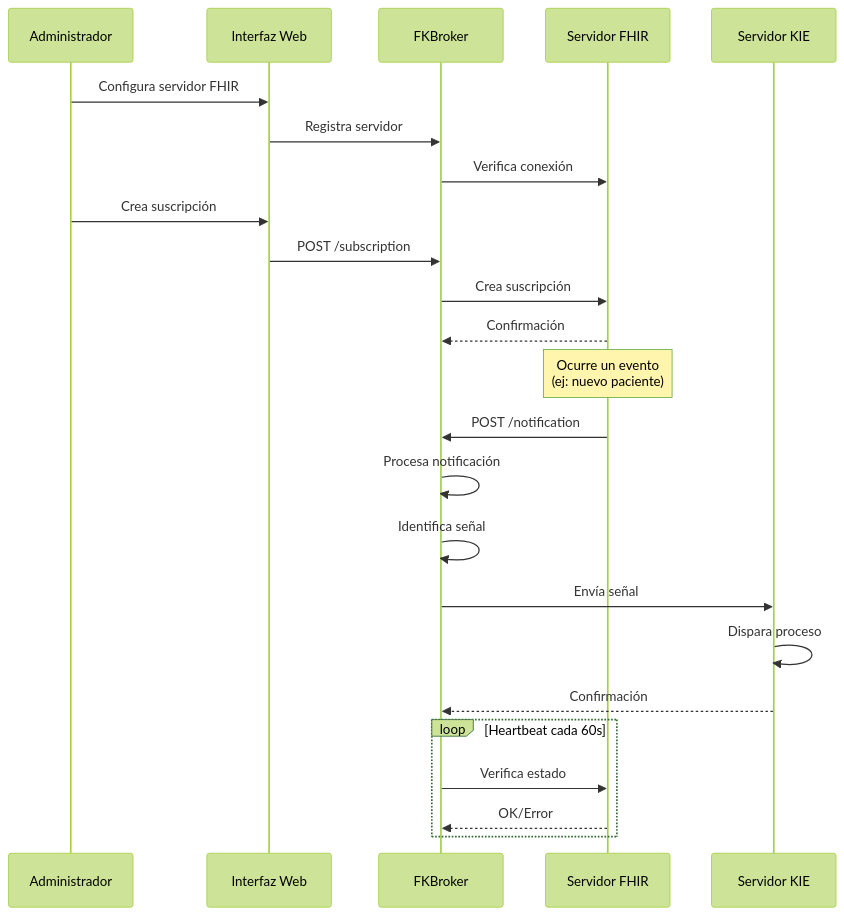
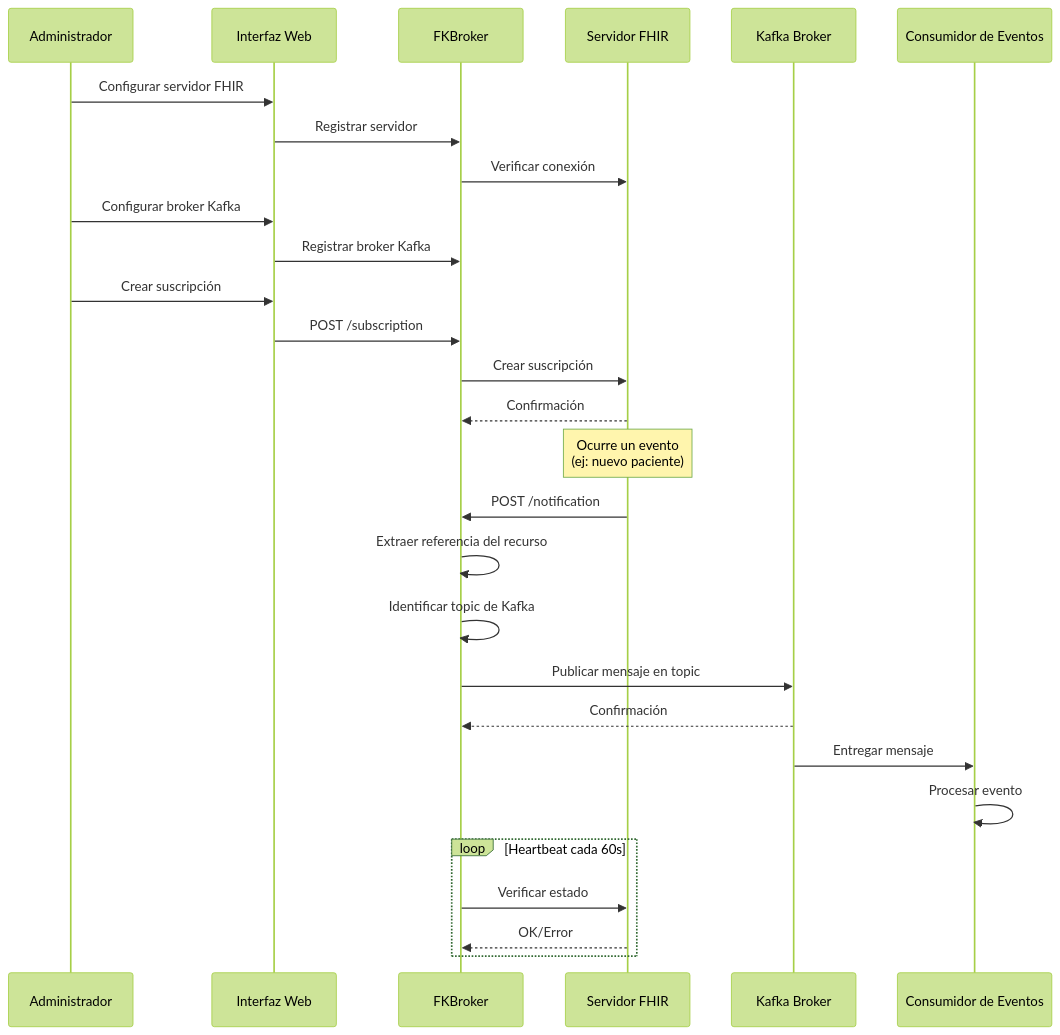
Before and after one commit to ASS-MUIT/FKBroker: the second of 2 diagrams in fkbroker-service/leeme.md, drawn with Mermaid (forest theme). The commit also changed other lines of this file and 27 other files, not shown here.

Commit message:
changing kie to kafka broker

````diff
--- a/fkbroker-service/leeme.md
+++ b/fkbroker-service/leeme.md
@@ -94,31 +107,36 @@
 ```mermaid
 sequenceDiagram
     participant Admin as Administrador
     participant Web as Interfaz Web
     participant Broker as FKBroker
     participant FHIR as Servidor FHIR
-    participant KIE as Servidor KIE
+    participant Kafka as Kafka Broker
+    participant Consumer as Consumidor de Eventos
     
-    Admin->>Web: Configura servidor FHIR
-    Web->>Broker: Registra servidor
-    Broker->>FHIR: Verifica conexión
+    Admin->>Web: Configurar servidor FHIR
+    Web->>Broker: Registrar servidor
+    Broker->>FHIR: Verificar conexión
     
-    Admin->>Web: Crea suscripción
+    Admin->>Web: Configurar broker Kafka
+    Web->>Broker: Registrar broker Kafka
+    
+    Admin->>Web: Crear suscripción
     Web->>Broker: POST /subscription
-    Broker->>FHIR: Crea suscripción
+    Broker->>FHIR: Crear suscripción
     FHIR-->>Broker: Confirmación
     
     Note over FHIR: Ocurre un evento<br/>(ej: nuevo paciente)
     
     FHIR->>Broker: POST /notification
-    Broker->>Broker: Procesa notificación
-    Broker->>Broker: Identifica señal
-    Broker->>KIE: Envía señal
-    KIE->>KIE: Dispara proceso
-    KIE-->>Broker: Confirmación
+    Broker->>Broker: Extraer referencia del recurso
+    Broker->>Broker: Identificar topic de Kafka
+    Broker->>Kafka: Publicar mensaje en topic
+    Kafka-->>Broker: Confirmación
+    Kafka->>Consumer: Entregar mensaje
+    Consumer->>Consumer: Procesar evento
     
     loop Heartbeat cada 60s
-        Broker->>FHIR: Verifica estado
+        Broker->>FHIR: Verificar estado
         FHIR-->>Broker: OK/Error
     end
 ```
````
